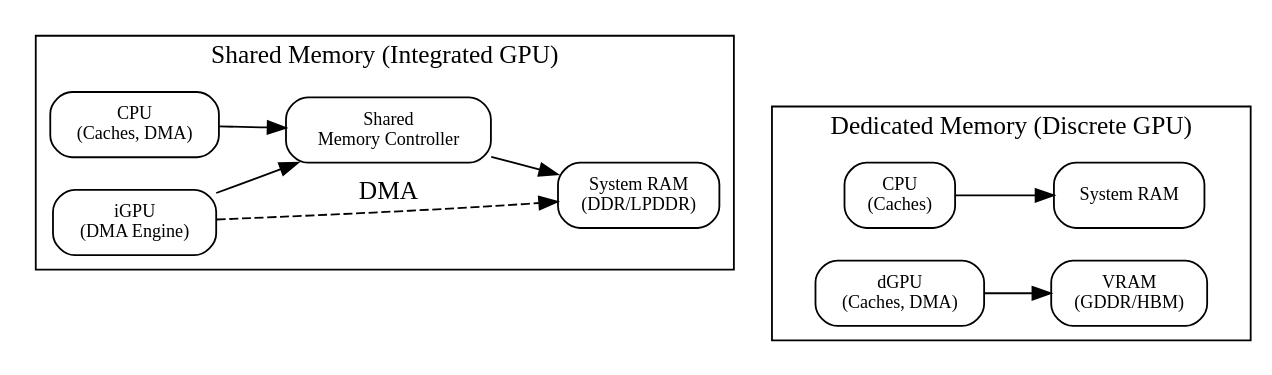
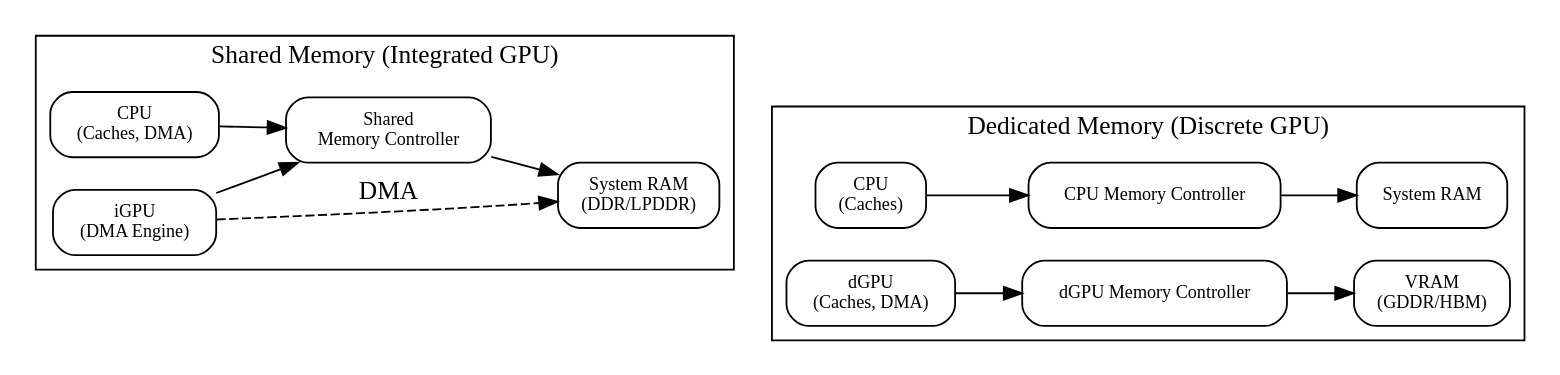
Before and after one commit to Jonathan2251/gpu: the diagram in Fig/hw/mem.gv, drawn with Graphviz. The commit also changed 3 other files, not shown here.

```diff
--- a/Fig/hw/mem.gv
+++ b/Fig/hw/mem.gv
@@ -1,30 +1,32 @@
 digraph gpu_memory {
   rankdir=LR;
   node [shape=box style=rounded fontsize=10];
 
   subgraph cluster_shared {
     label = "Shared Memory (Integrated GPU)";
     CPU [label="CPU\n(Caches, DMA)"];
     GPU [label="iGPU\n(DMA Engine)"];
     MC [label="Shared\nMemory Controller"];
     DRAM [label="System RAM\n(DDR/LPDDR)"];
 
     CPU -> MC -> DRAM;
     GPU -> MC;
     GPU -> DRAM [style=dashed, label="DMA"];
   }
 
   subgraph cluster_dedicated {
     label = "Dedicated Memory (Discrete GPU)";
     CPU2 [label="CPU\n(Caches)"];
+    CMC [label="CPU Memory Controller"];
     SYS_RAM [label="System RAM"];
     GPU2 [label="dGPU\n(Caches, DMA)"];
+    GMC [label="dGPU Memory Controller"];
     VRAM [label="VRAM\n(GDDR/HBM)"];
 
-    CPU2 -> SYS_RAM;
-    GPU2 -> VRAM;
+    CPU2 -> CMC -> SYS_RAM;
+    GPU2 -> GMC -> VRAM;
   }
 
   edge [style=invis];
   DRAM -> CPU2;
 }
```
